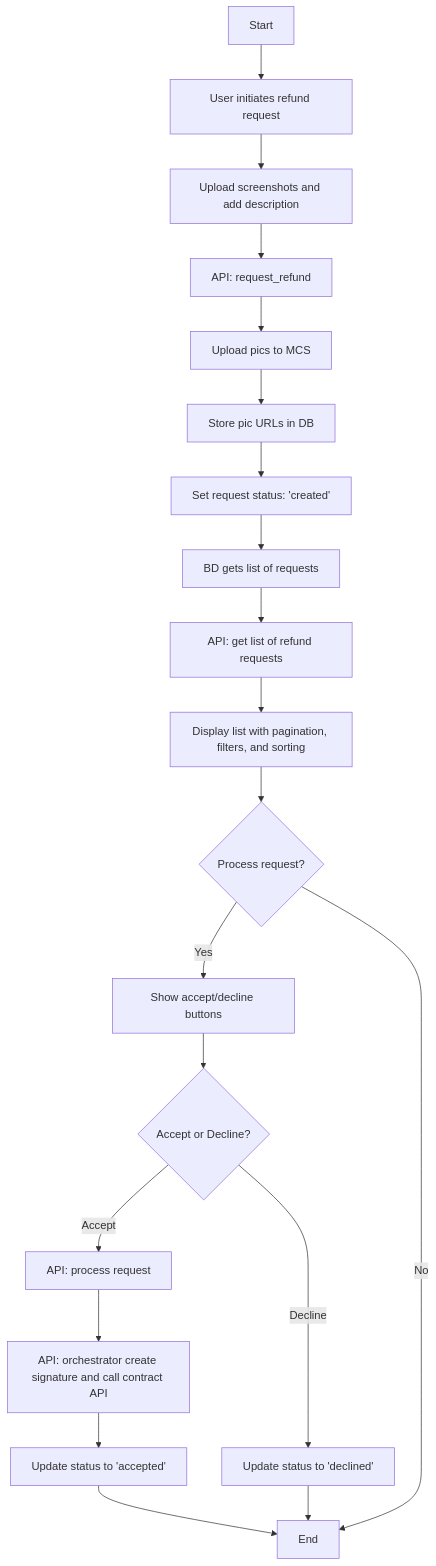
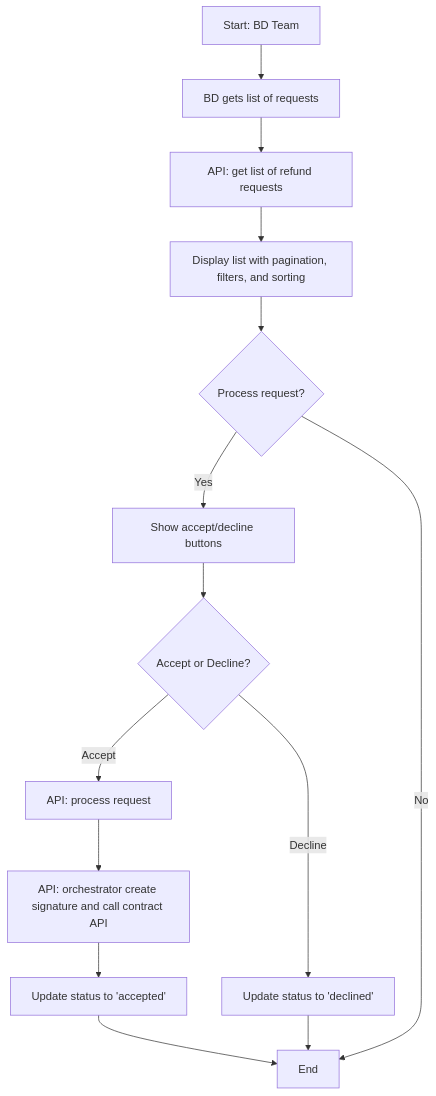
The second of 2 diagrams in docs/crm/refund_request.md (alphaflows/workbench), drawn with Mermaid before and after one commit. The commit also changed other lines of this file and 1 other file, not shown here.

````diff
--- a/docs/crm/refund_request.md
+++ b/docs/crm/refund_request.md
@@ -3,22 +17,16 @@
 ```mermaid
 flowchart TD
-    A[Start] --> B[User initiates refund request]
-    B --> C[Upload screenshots and add description]
-    C --> D[API: request_refund]
-    D --> E[Upload pics to MCS]
-    E --> F[Store pic URLs in DB]
-    F --> G[Set request status: 'created']
-    G --> H[BD gets list of requests]
-    H --> I[API: get list of refund requests]
-    I --> J[Display list with pagination, filters, and sorting]
-    J --> K{Process request?}
-    K -->|Yes| L[Show accept/decline buttons]
-    L --> M{Accept or Decline?}
-    M -->|Accept| N[API: process request]
-    N --> O[API: orchestrator create signature and call contract API]
-    O --> P[Update status to 'accepted']
-    M -->|Decline| Q[Update status to 'declined']
-    P --> R[End]
-    Q --> R
-    K -->|No| R
+    H[Start: BD Team] --> I[BD gets list of requests]
+    I --> J[API: get list of refund requests]
+    J --> K[Display list with pagination, filters, and sorting]
+    K --> L{Process request?}
+    L -->|Yes| M[Show accept/decline buttons]
+    M --> N{Accept or Decline?}
+    N -->|Accept| O[API: process request]
+    O --> P[API: orchestrator create signature and call contract API]
+    P --> Q[Update status to 'accepted']
+    N -->|Decline| R[Update status to 'declined']
+    Q --> S[End]
+    R --> S
+    L -->|No| S
 ```
````
